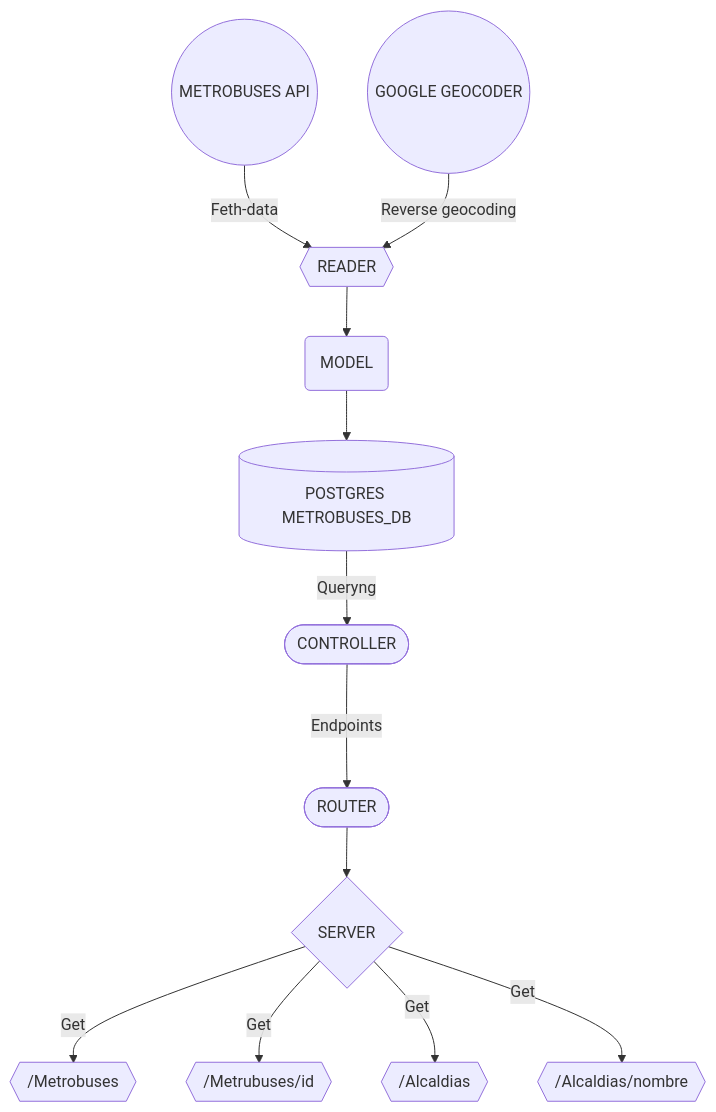
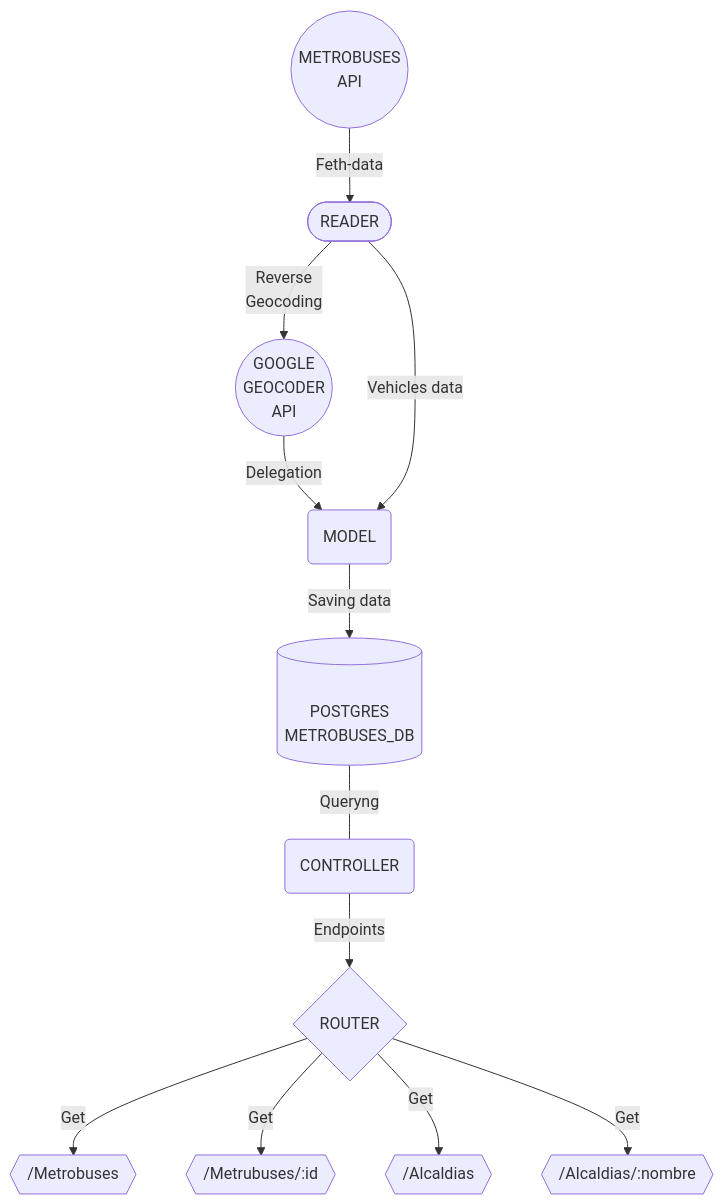
The diagram in README.md (FabianGarciaXY/Data_pipeline), drawn with Mermaid before and after one commit. The commit also changed other lines of this file, not shown here.

Commit message:
Diagram updated

````diff
--- a/README.md
+++ b/README.md
@@ -59,16 +59,24 @@
 ```mermaid
 graph TD
 
-    A1(( METROBUSES API ))--Feth-data-->B1{{ READER }}
-    A2((GOOGLE GEOCODER))--Reverse geocoding-->B1
-    B1-->D1(MODEL)
-    D1-->F1[(POSTGRES METROBUSES_DB)]
+    %% Metrobuses a Reader
+    A1(("METROBUSES <br> API"))--Feth-data-->B1(["READER"])
+    %% Geocoder a Reader
+    A2(("GOOGLE <br> GEOCODER <br> API"))--Delegation-->D1
+    %% Reader a Geocoder
+    B1--"Reverse <br> Geocoding"-->A2
+    %% Reader a Model
+    B1--"Vehicles data"-->D1("MODEL")
+    
 
-    F1--> | Queryng | G1([CONTROLLER])
-    G1 ---> |Endpoints| H1([ROUTER])
-    H1 --> I1{SERVER}
+    %% Database
+    D1--"Saving data"-->F1[(" <br>POSTGRES <br>METROBUSES_DB <br>")]
+    F1---|Queryng|G1(CONTROLLER)
+    G1 --"Endpoints"--> I1{ROUTER}
+
+    %% Endpoints
     I1 --> |Get|-E1{{/Metrobuses}}
-    I1 --> |Get|-E2{{/Metrubuses/id}}
+    I1 --> |Get|-E2{{/Metrubuses/:id}}
     I1 --> |Get|-E3{{/Alcaldias}}
-    I1 --> |Get|-E4{{/Alcaldias/nombre}}
+    I1 --> |Get|-E4{{/Alcaldias/:nombre}}
 ```
````
